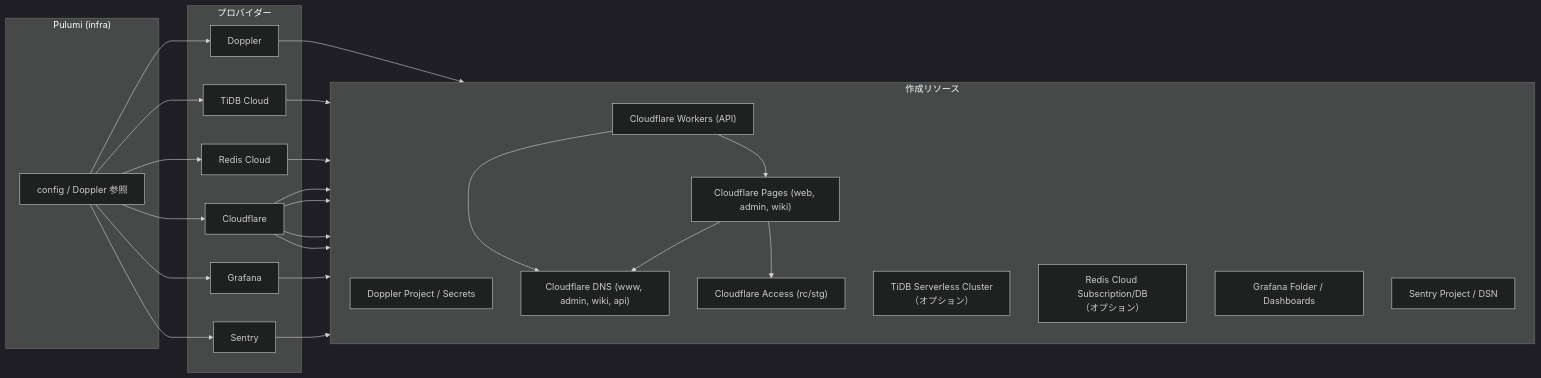
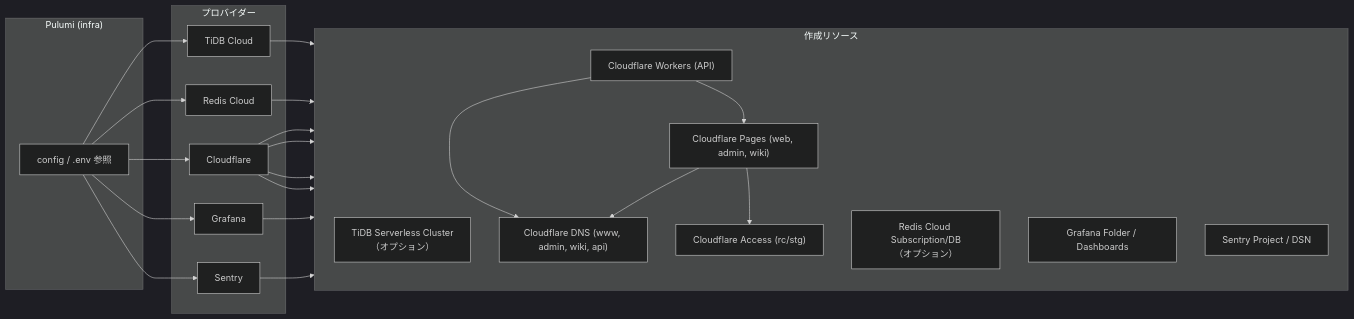
The second of 2 diagrams in docs/architecture/infra-architecture.md (hibi-com/portfolio), drawn with Mermaid (dark theme) before and after one commit. The commit also changed other lines of this file and 36 other files, not shown here.

````diff
--- a/docs/architecture/infra-architecture.md
+++ b/docs/architecture/infra-architecture.md
@@ -71,49 +71,45 @@
 ```mermaid
 flowchart LR
     subgraph Pulumi["Pulumi (infra)"]
-        Config["config / Doppler 参照"]
+        Config["config / .env 参照"]
     end
 
     subgraph Providers["プロバイダー"]
         CF["Cloudflare"]
-        Doppler["Doppler"]
         TiDB["TiDB Cloud"]
         RedisCloud["Redis Cloud"]
         Grafana["Grafana"]
         Sentry["Sentry"]
     end
 
     subgraph Resources["作成リソース"]
         direction TB
-        R1["Doppler Project / Secrets"]
-        R2["TiDB Serverless Cluster<br/>（オプション）"]
+        R1["TiDB Serverless Cluster<br/>（オプション）"]
         R3["Redis Cloud Subscription/DB<br/>（オプション）"]
         R4["Cloudflare Workers (API)"]
         R5["Cloudflare Pages (web, admin, wiki)"]
         R6["Cloudflare DNS (www, admin, wiki, api)"]
         R7["Cloudflare Access (rc/stg)"]
         R8["Grafana Folder / Dashboards"]
         R9["Sentry Project / DSN"]
     end
 
-    Config --> Doppler
     Config --> CF
     Config --> TiDB
     Config --> RedisCloud
     Config --> Grafana
     Config --> Sentry
 
-    Doppler --> R1
-    TiDB --> R2
+    TiDB --> R1
     RedisCloud --> R3
     CF --> R4
     CF --> R5
     R4 --> R5
     CF --> R6
     R5 --> R6
     R4 --> R6
     CF --> R7
     R5 --> R7
     Grafana --> R8
     Sentry --> R9
 ```
````
